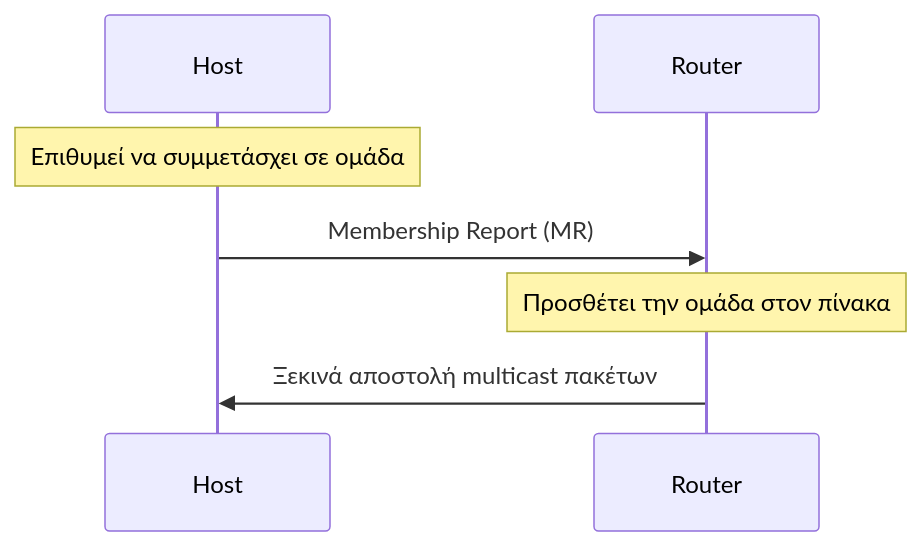
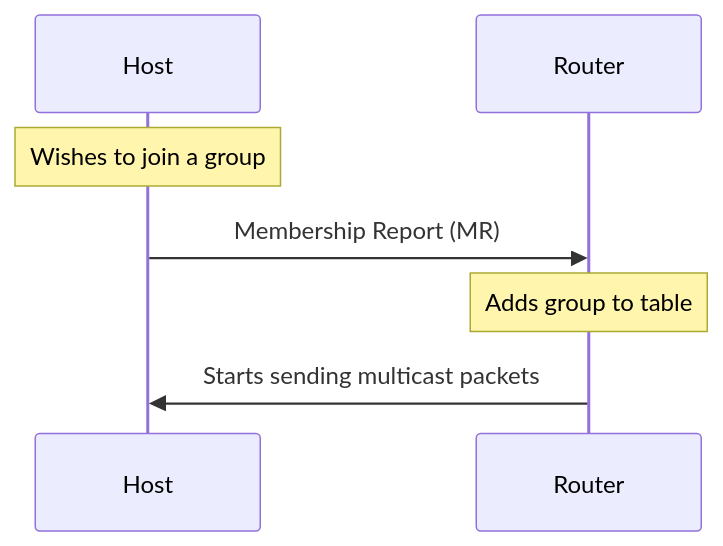
The fourth of 4 diagrams in Year_1/Semester_2/NETWORKING/Resources/Notes/6. IGMP.md (PanagopoulosNikolaos/DitOpenNotes), drawn with Mermaid before and after one commit. The commit also changed other lines of this file and 61 other files, not shown here.

````diff
--- a/Year_1/Semester_2/NETWORKING/Resources/Notes/6. IGMP.md
+++ b/Year_1/Semester_2/NETWORKING/Resources/Notes/6. IGMP.md
@@ -108,9 +108,9 @@
 ```Mermaid
 sequenceDiagram
     participant H as Host
     participant R as Router
-    Note over H: Επιθυμεί να συμμετάσχει σε ομάδα
+    Note over H: Wishes to join a group
     H->>R: Membership Report (MR)
-    Note over R: Προσθέτει την ομάδα στον πίνακα
-    R->>H: Ξεκινά αποστολή multicast πακέτων
+    Note over R: Adds group to table
+    R->>H: Starts sending multicast packets
 ```
````
